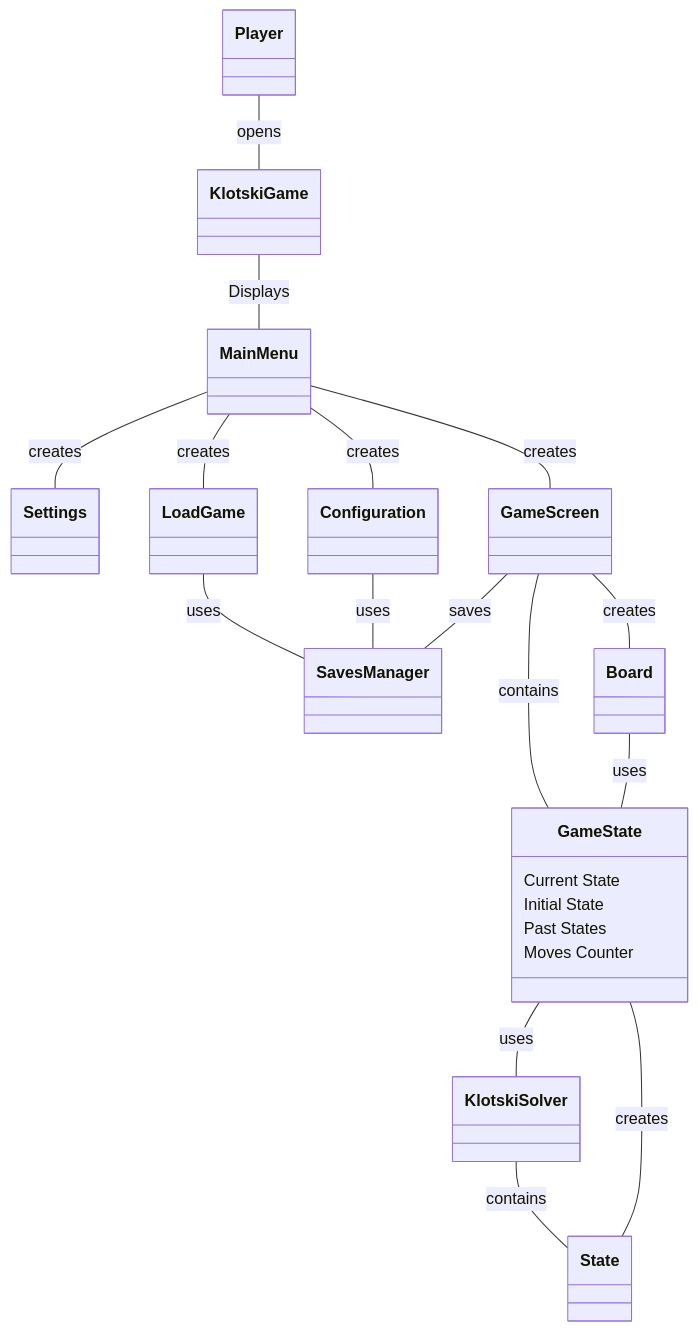
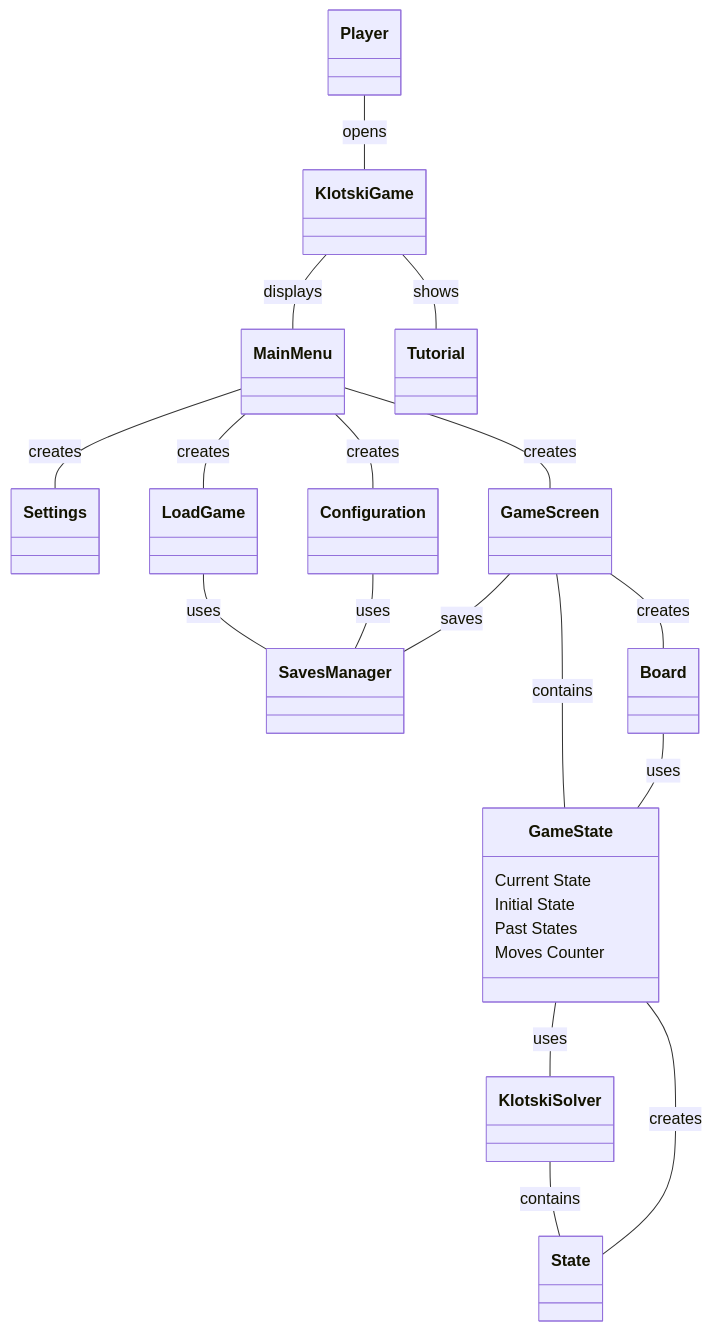
Before and after one commit to BIRSAx2/klotski: the diagram in docs/domain_model/index.md, drawn with Mermaid. The commit also changed other lines of this file, not shown here.

Commit message:
Added tutorial use case on the domain model diagram

````diff
--- a/docs/domain_model/index.md
+++ b/docs/domain_model/index.md
@@ -10,34 +10,36 @@
 ```mermaid
 classDiagram
     Player -- KlotskiGame: opens
     
-    KlotskiGame -- MainMenu: Displays
+    KlotskiGame -- MainMenu: displays
+
+    KlotskiGame -- Tutorial: shows
     
 
     MainMenu -- Settings : creates
     MainMenu -- GameScreen : creates
     MainMenu -- LoadGame : creates
     MainMenu -- Configuration : creates
         
     LoadGame --  SavesManager : uses
     Configuration -- SavesManager :uses
     GameScreen -- SavesManager : saves
     
     
     GameScreen -- Board : creates
     GameScreen -- GameState: contains
     
 
     GameState: Current State
     GameState: Initial State
     GameState: Past States
     GameState: Moves Counter
     
     GameState -- KlotskiSolver: uses
     
     KlotskiSolver -- State: contains
     
     GameState -- State: creates
     
     Board --  GameState: uses
 ```
````
